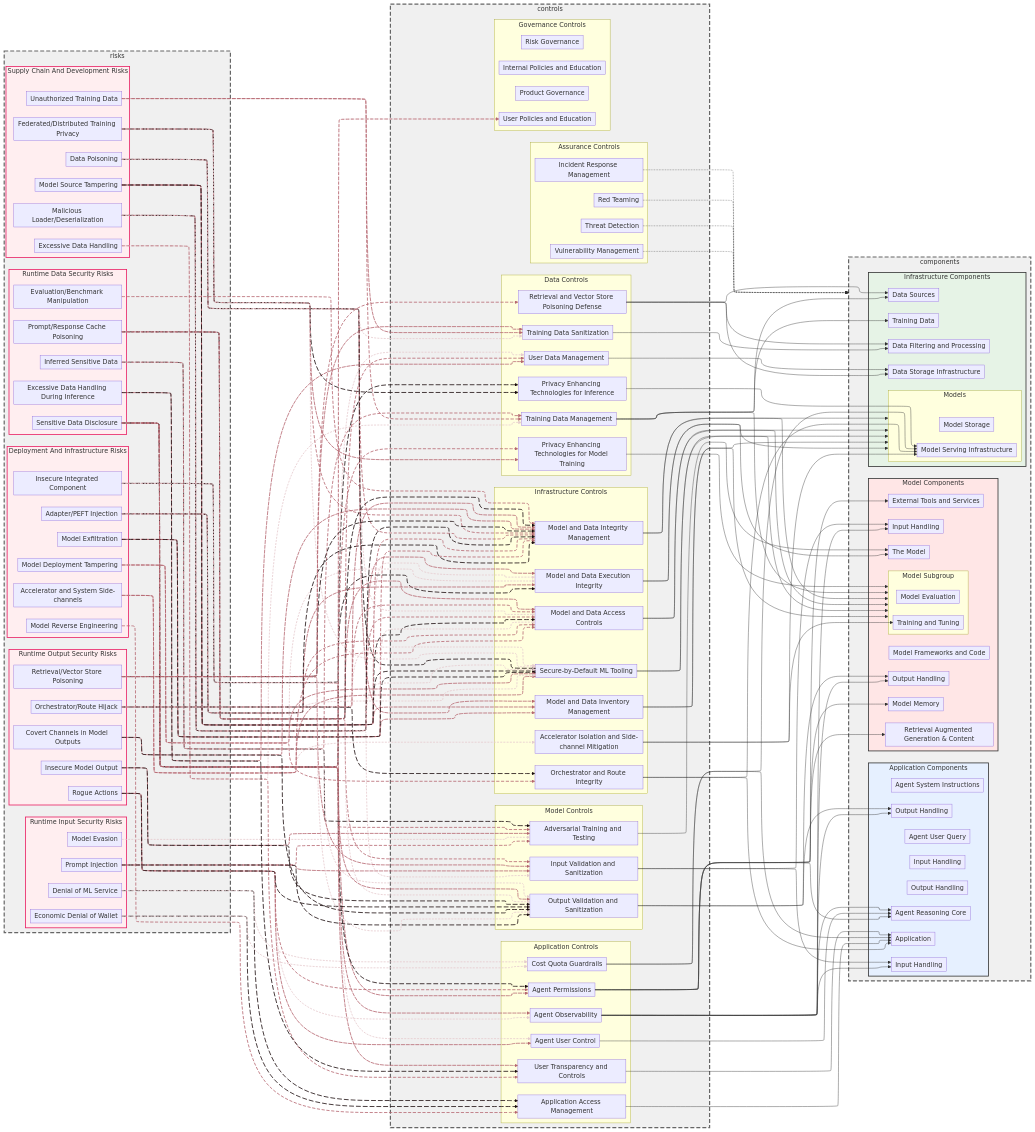
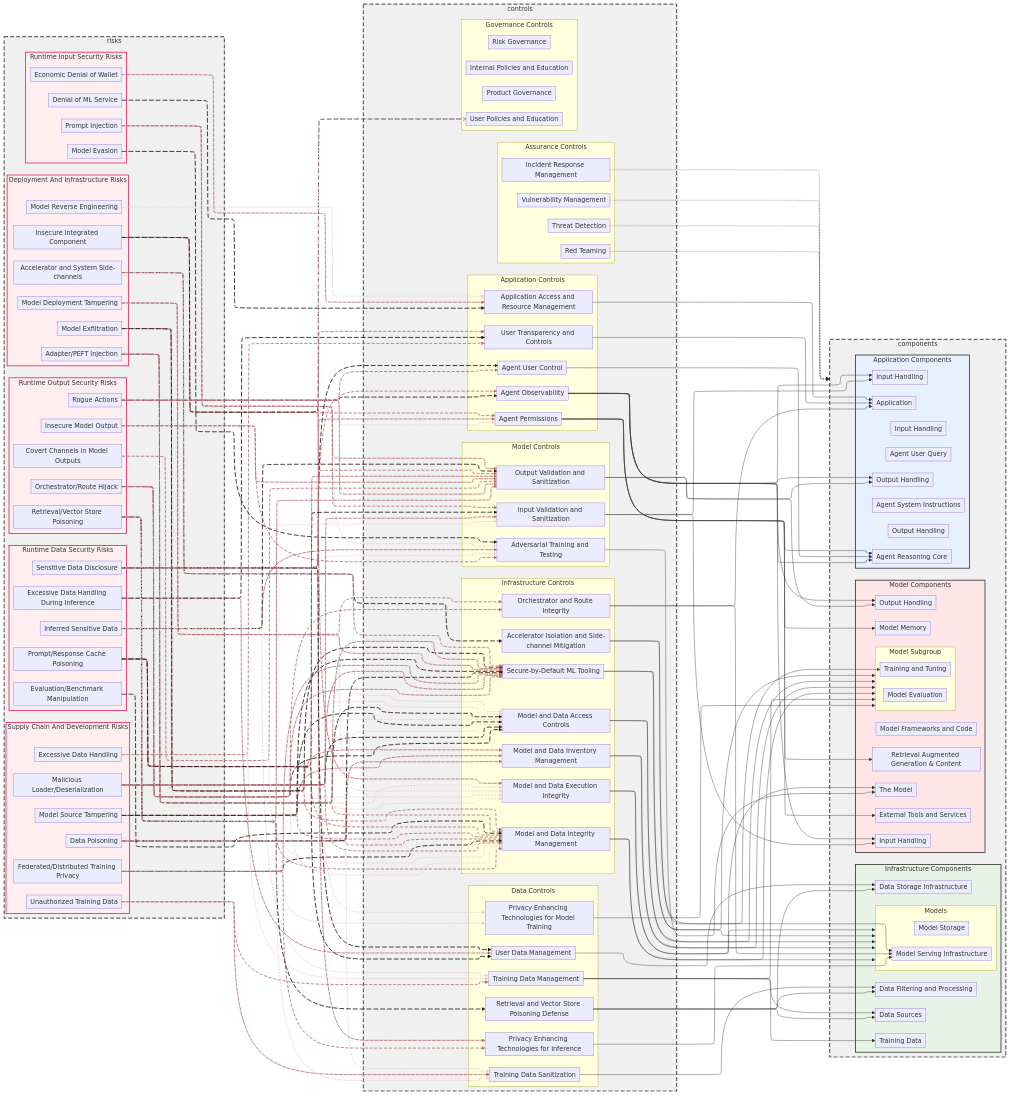
The diagram in risk-map/diagrams/controls-to-risk-graph.mermaid (davidlabianca/secure-ai-tooling), drawn with Mermaid before and after one commit. The commit also changed 13 other files, not shown here.

First line of the commit message:
[Controls][Revert] Add control: Cost Quota Guardrails

```diff
--- a/risk-map/diagrams/controls-to-risk-graph.mermaid
+++ b/risk-map/diagrams/controls-to-risk-graph.mermaid
@@ -85,8 +85,7 @@
         controlAgentObservability[Agent Observability]
         controlAgentPluginPermissions[Agent Permissions]
         controlAgentPluginUserControl[Agent User Control]
-        controlApplicationAccessManagement[Application Access Management]
-        controlCostQuotaGuardrails[Cost Quota Guardrails]
+        controlApplicationAccessManagement[Application Access and Resource Management]
         controlUserTransparencyAndControls[User Transparency and Controls]
     end
 
@@ -171,7 +170,6 @@
     MDT --> controlOrchestratorAndRouteIntegrity
     MDT --> controlSecureByDefaultMLTooling
     DMS --> controlApplicationAccessManagement
-    DMS --> controlCostQuotaGuardrails
     MRE --> controlApplicationAccessManagement
     IIC --> controlAgentPluginPermissions
     IIC --> controlModelAndDataExecutionIntegrity
@@ -203,7 +201,6 @@
     ASSC --> controlModelAndDataAccessControls
     ASSC --> controlSecureByDefaultMLTooling
     EDW --> controlApplicationAccessManagement
-    EDW --> controlCostQuotaGuardrails
     FLP --> controlModelAndDataIntegrityManagement
     FLP --> controlModelPrivacyEnhancingTechnologies
     FLP --> controlRuntimePrivacyEnhancingTechnologies
@@ -281,13 +278,11 @@
     controlRetrievalAndVectorStorePoisoningDefense --> componentDataStorage
     controlOrchestratorAndRouteIntegrity --> componentApplication
     controlOrchestratorAndRouteIntegrity --> componentModelServing
-    controlCostQuotaGuardrails --> componentApplication
-    controlCostQuotaGuardrails --> componentModelServing
 
     %% Edge styling
     linkStyle 0,4,8,12,16,20,24,28,32,36,40,44,48,52,56,60,64,68,72,76,80,84 stroke:#e6cbce,stroke-width:2px,stroke-dasharray: 5 3
-    linkStyle 1,5,9,13,17,21,25,29,33,37,41,45,49,53,57,61,65,69,73,77,81,85 stroke:#b66871,stroke-width:2px,stroke-dasharray: 8 4
-    linkStyle 2,6,10,14,18,22,26,30,34,38,42,46,50,54,58,62,66,70,74,78,82,86 stroke:#b66871,stroke-width:2px,stroke-dasharray: 10 2
+    linkStyle 1,5,9,13,17,21,25,29,33,37,41,45,49,53,57,61,65,69,73,77,81 stroke:#b66871,stroke-width:2px,stroke-dasharray: 8 4
+    linkStyle 2,6,10,14,18,22,26,30,34,38,42,46,50,54,58,62,66,70,74,78,82 stroke:#b66871,stroke-width:2px,stroke-dasharray: 10 2
     linkStyle 3,7,11,15,19,23,27,31,35,39,43,47,51,55,59,63,67,71,75,79,83 stroke:#1c0d0f,stroke-width:2px,stroke-dasharray: 12 5
 
 %% Node style definitions
```
